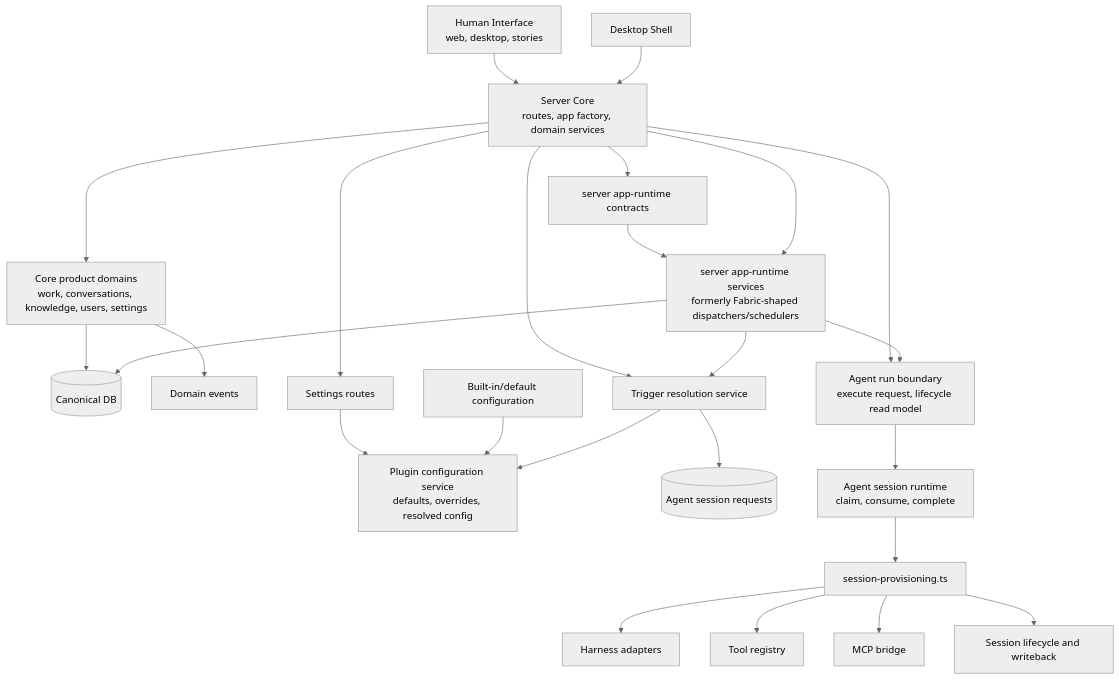
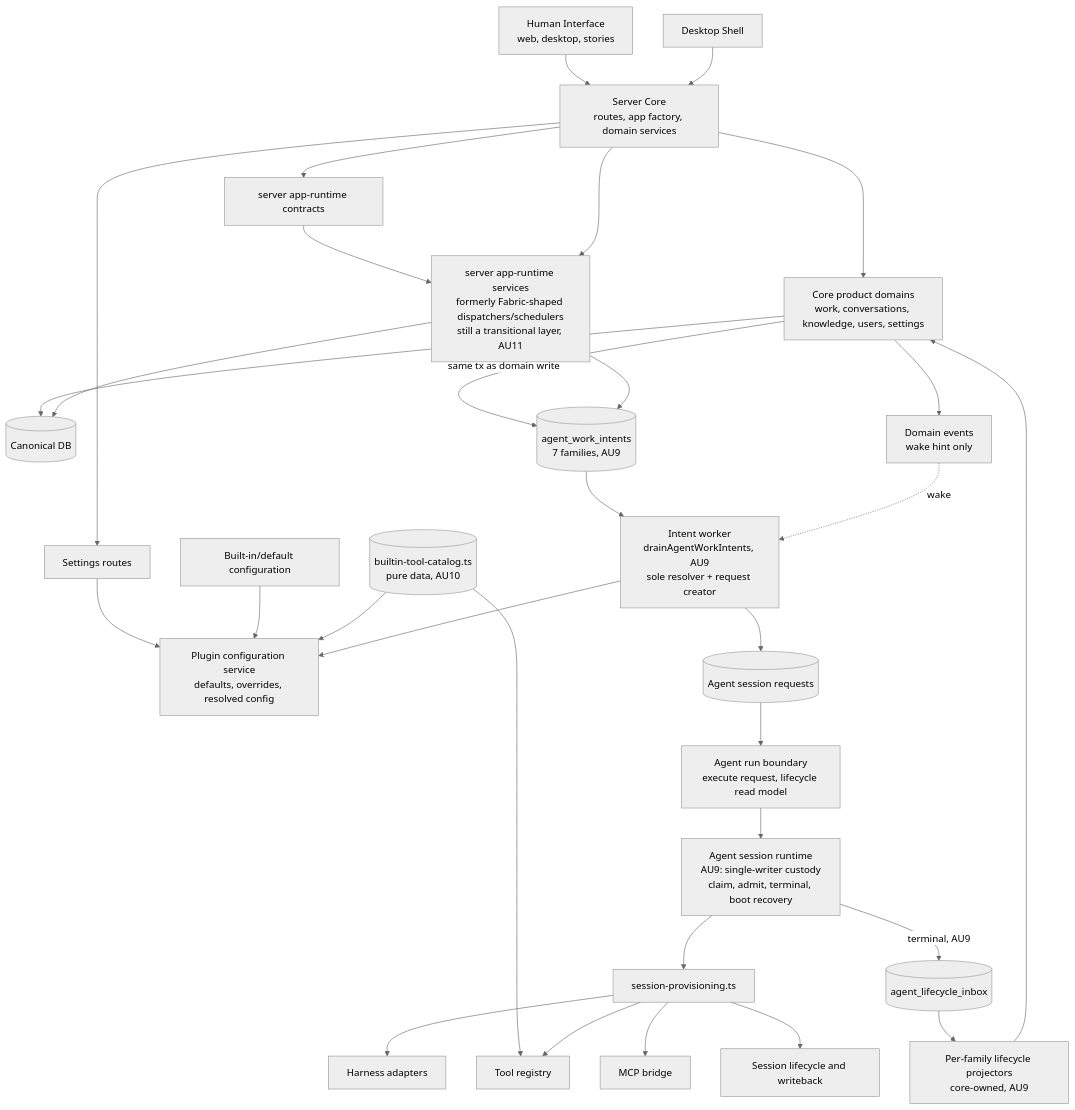
The first of 2 diagrams in plans/strategy-kernel-plugin-split/as-is-vs-should-dependency-graph.md (idle-builders/hyperidle), drawn with Mermaid (neutral theme) before and after one commit. The commit also changed other lines of this file, not shown here.

First line of the commit message:
docs: update AU dependency graph for AU9-merged and AU10-shipped status

````diff
--- a/plans/strategy-kernel-plugin-split/as-is-vs-should-dependency-graph.md
+++ b/plans/strategy-kernel-plugin-split/as-is-vs-should-dependency-graph.md
@@ -72,33 +137,40 @@
 ```mermaid
 flowchart TD
   HumanInterface[Human Interface<br/>web, desktop, stories] --> ServerCore[Server Core<br/>routes, app factory, domain services]
   DesktopShell[Desktop Shell] --> ServerCore
 
   ServerCore --> CoreDomains[Core product domains<br/>work, conversations, knowledge, users, settings]
   CoreDomains --> CanonicalStore[(Canonical DB)]
-  CoreDomains --> DomainEvents[Domain events]
+  CoreDomains --> DomainEvents[Domain events<br/>wake hint only]
+  CoreDomains -- "same tx as domain write" --> AgentWorkIntents[(agent_work_intents<br/>7 families, AU9)]
 
   ServerCore --> SettingsRoutes[Settings routes]
   SettingsRoutes --> PluginConfig[Plugin configuration service<br/>defaults, overrides, resolved config]
   BuiltInDefaults[Built-in/default configuration] --> PluginConfig
+  BuiltInToolCatalog[(builtin-tool-catalog.ts<br/>pure data, AU10)] --> PluginConfig
+  BuiltInToolCatalog --> ToolRegistry
 
-  ServerCore --> TriggerResolution[Trigger resolution service]
-  TriggerResolution --> PluginConfig
-  TriggerResolution --> AgentSessionRequests[(Agent session requests)]
+  AgentWorkIntents --> IntentWorker[Intent worker<br/>drainAgentWorkIntents, AU9<br/>sole resolver + request creator]
+  DomainEvents -.wake.-> IntentWorker
+  IntentWorker --> PluginConfig
+  IntentWorker --> AgentSessionRequests[(Agent session requests)]
 
-  ServerCore --> AgentRunBoundary[Agent run boundary<br/>execute request, lifecycle read model]
-  AgentRunBoundary --> AgentSessionRuntime[Agent session runtime<br/>claim, consume, complete]
+  AgentSessionRequests --> AgentRunBoundary[Agent run boundary<br/>execute request, lifecycle read model]
+  AgentRunBoundary --> AgentSessionRuntime[Agent session runtime<br/>AU9: single-writer custody<br/>claim, admit, terminal, boot recovery]
   AgentSessionRuntime --> SessionProvisioning[session-provisioning.ts]
   SessionProvisioning --> HarnessAdapters[Harness adapters]
   SessionProvisioning --> ToolRegistry[Tool registry]
   SessionProvisioning --> McpBridge[MCP bridge]
   SessionProvisioning --> SessionLifecycle[Session lifecycle and writeback]
 
+  AgentSessionRuntime -- "terminal, AU9" --> LifecycleInbox[(agent_lifecycle_inbox)]
+  LifecycleInbox --> LifecycleProjectors[Per-family lifecycle projectors<br/>core-owned, AU9]
+  LifecycleProjectors --> CoreDomains
+
   ServerCore --> AppRuntimeContracts[server app-runtime contracts]
   AppRuntimeContracts --> AppRuntimeServices
 
-  ServerCore --> AppRuntimeServices[server app-runtime services<br/>formerly Fabric-shaped dispatchers/schedulers]
-  AppRuntimeServices --> TriggerResolution
-  AppRuntimeServices --> AgentRunBoundary
+  ServerCore --> AppRuntimeServices[server app-runtime services<br/>formerly Fabric-shaped dispatchers/schedulers<br/>still a transitional layer, AU11]
+  AppRuntimeServices --> AgentWorkIntents
   AppRuntimeServices --> CanonicalStore
 ```
````
